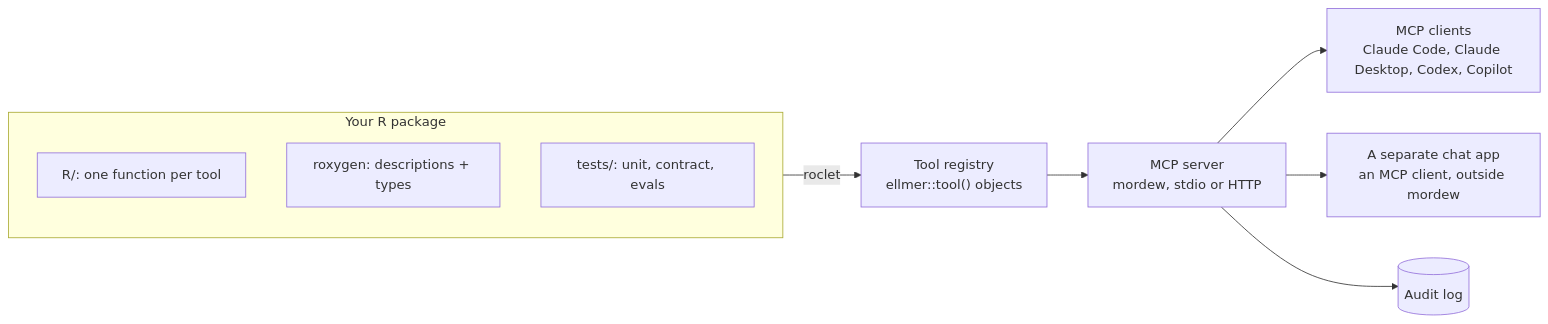
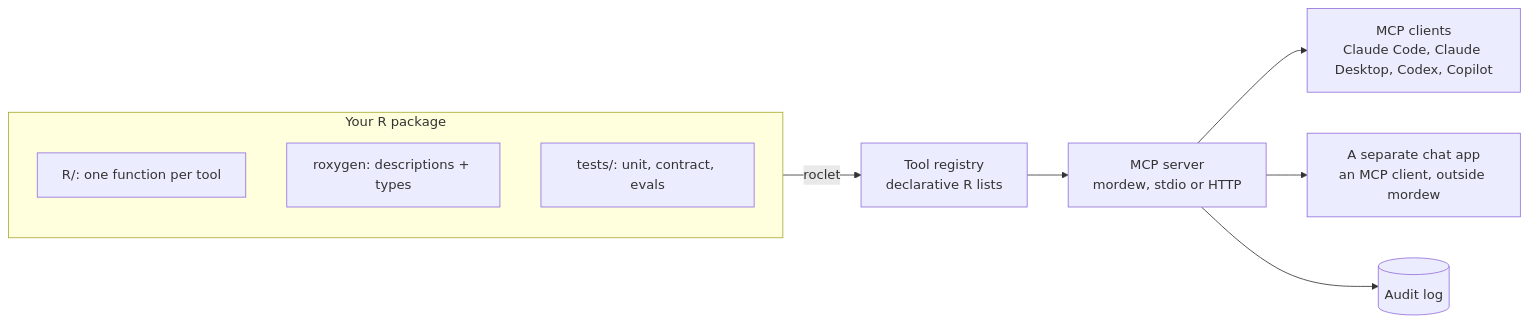
Before and after one commit to ThinkR-open/mordew: the second of 4 diagrams in README.md, drawn with Mermaid. The commit also changed other lines of this file, not shown here.

First line of the commit message:
Specify the phase 1 tool tags

````diff
--- a/README.md
+++ b/README.md
@@ -229,13 +229,13 @@
 ```mermaid
 flowchart LR
   subgraph pkg["Your R package"]
     F["R/: one function per tool"]
     X["roxygen: descriptions + types"]
     T["tests/: unit, contract, evals"]
   end
-  pkg -- "roclet" --> REG["Tool registry<br/>ellmer::tool() objects"]
+  pkg -- "roclet" --> REG["Tool registry<br/>declarative R lists"]
   REG --> SRV["MCP server<br/>mordew, stdio or HTTP"]
   SRV --> EXT["MCP clients<br/>Claude Code, Claude Desktop, Codex, Copilot"]
   SRV --> CHAT["A separate chat app<br/>an MCP client, outside mordew"]
   SRV --> LOG[("Audit log")]
 ```
````
